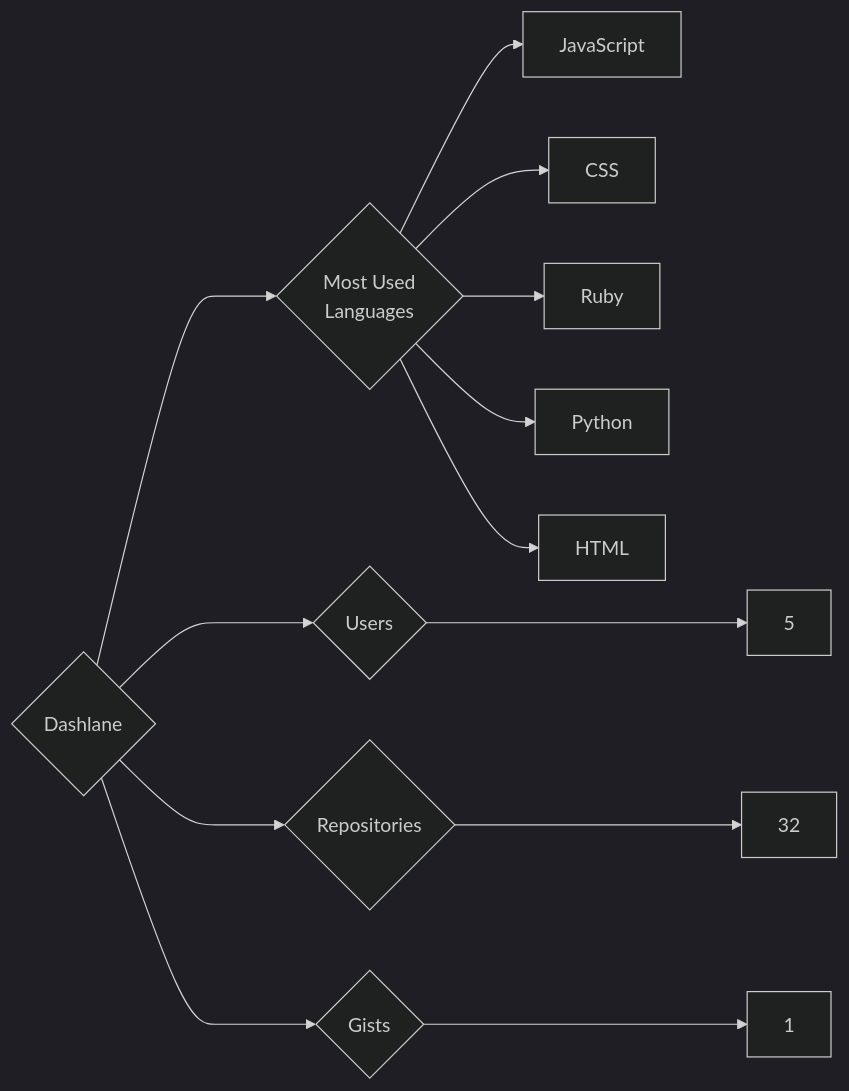
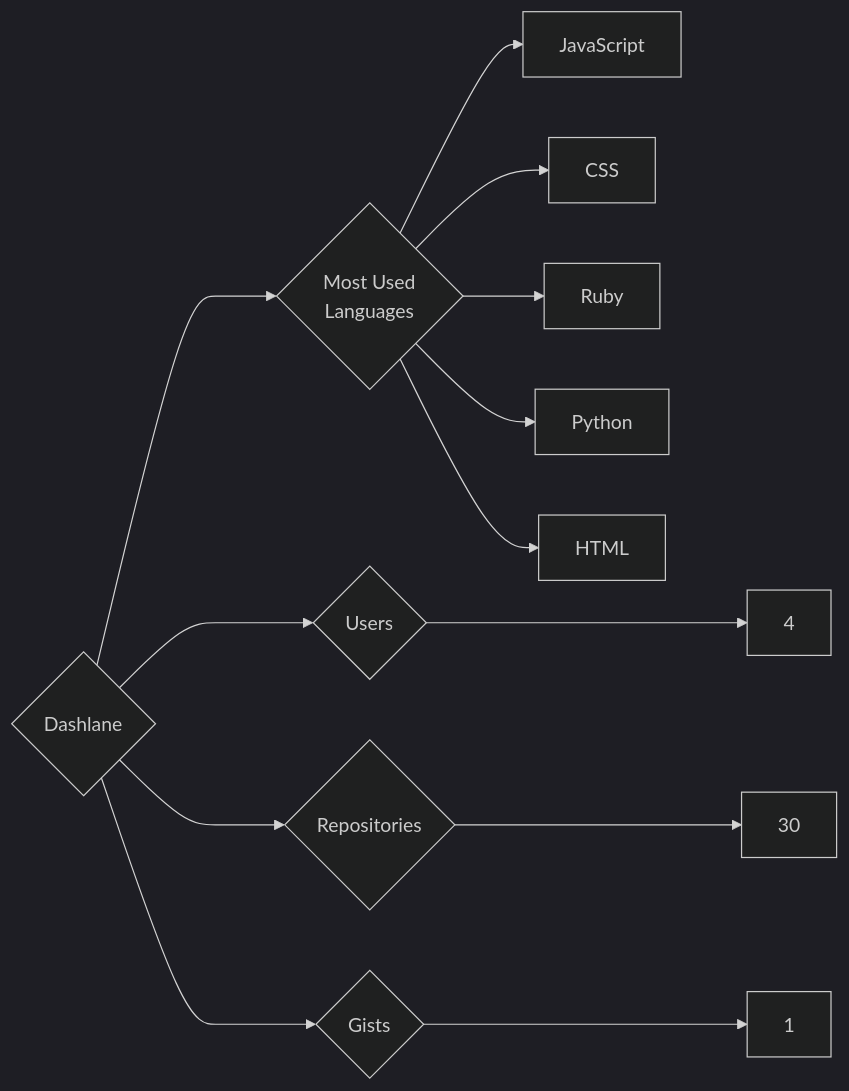
One commit to trickest/insiders changed the diagram in targets/Dashlane/README.md. Above: the diagram before and after it, drawn with Mermaid (dark theme). The commit also changed 1148 other files, not shown here.

````diff
--- a/targets/Dashlane/README.md
+++ b/targets/Dashlane/README.md
@@ -3,13 +3,13 @@
 ```mermaid
 graph LR
 COMPANY_NAME{Dashlane}
-COMPANY_NAME ---> U{Users} ---> UN[5]
-COMPANY_NAME ---> R{Repositories} ---> RN[32]
+COMPANY_NAME ---> U{Users} ---> UN[4]
+COMPANY_NAME ---> R{Repositories} ---> RN[30]
 COMPANY_NAME ---> G{Gists} ---> GN[1]
 COMPANY_NAME ---> ML{Most Used<br>Languages}
 ML --> JavaScript[JavaScript]
 ML --> CSS[CSS]
 ML --> Ruby[Ruby]
 ML --> Python[Python]
 ML --> HTML[HTML]
 ```
````
